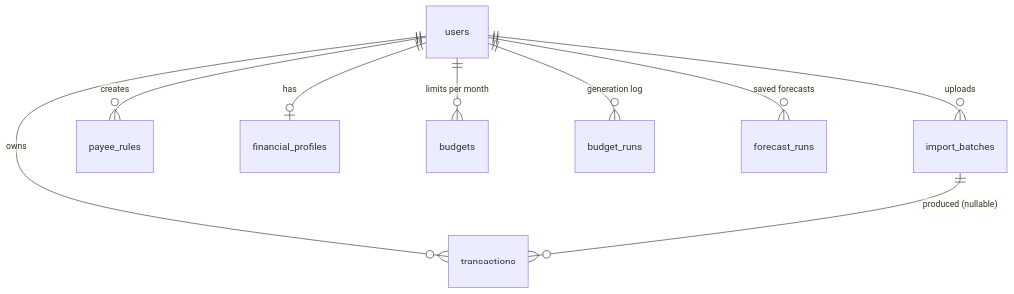
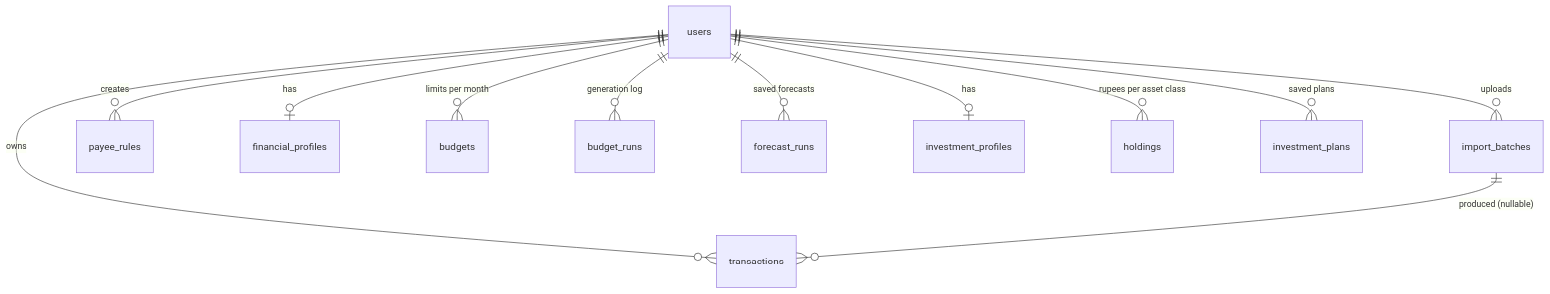
One commit to Vishesh-1204/CAPSTONE_FINANCE_ADVISOR changed the diagram in docs/database.md. Above: the diagram before and after it, drawn with Mermaid. The commit also changed other lines of this file and 9 other files, not shown here.

````diff
--- a/docs/database.md
+++ b/docs/database.md
@@ -32,11 +33,14 @@
 ```mermaid
 erDiagram
     users ||--o{ transactions : owns
     users ||--o{ import_batches : uploads
     users ||--o{ payee_rules : creates
     import_batches ||--o{ transactions : "produced (nullable)"
     users ||--o| financial_profiles : has
     users ||--o{ budgets : "limits per month"
     users ||--o{ budget_runs : "generation log"
     users ||--o{ forecast_runs : "saved forecasts"
+    users ||--o| investment_profiles : has
+    users ||--o{ holdings : "rupees per asset class"
+    users ||--o{ investment_plans : "saved plans"
 ```
````
